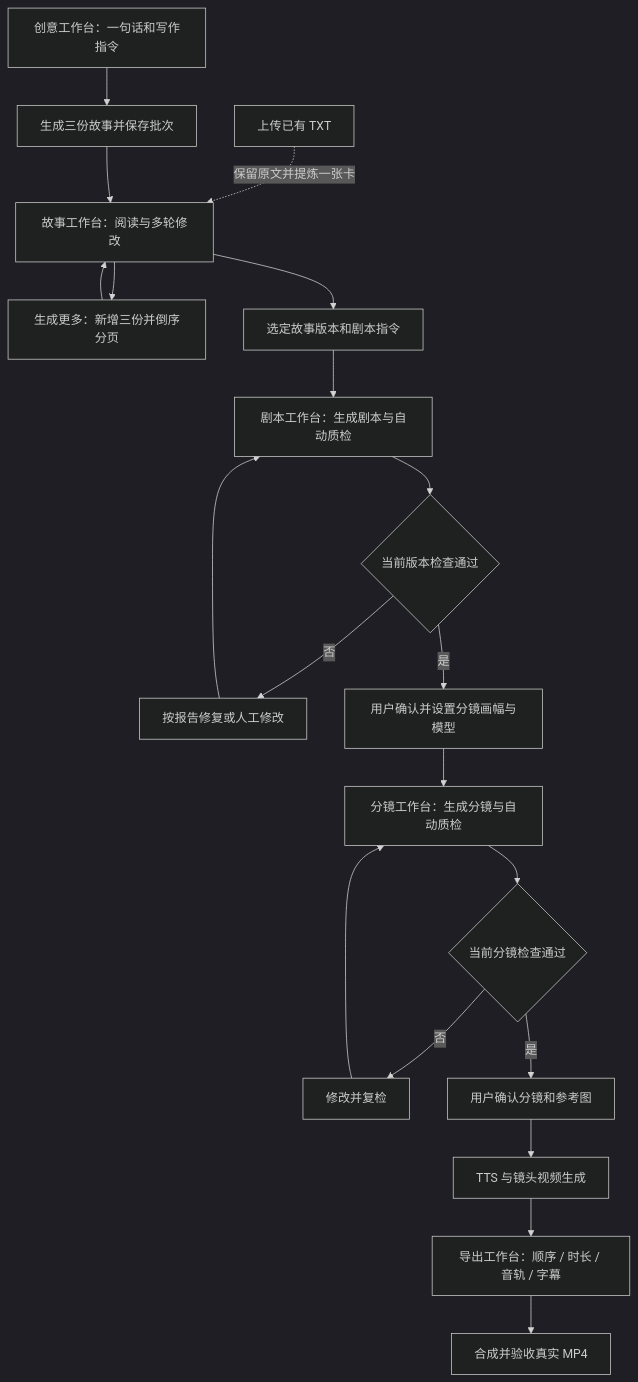
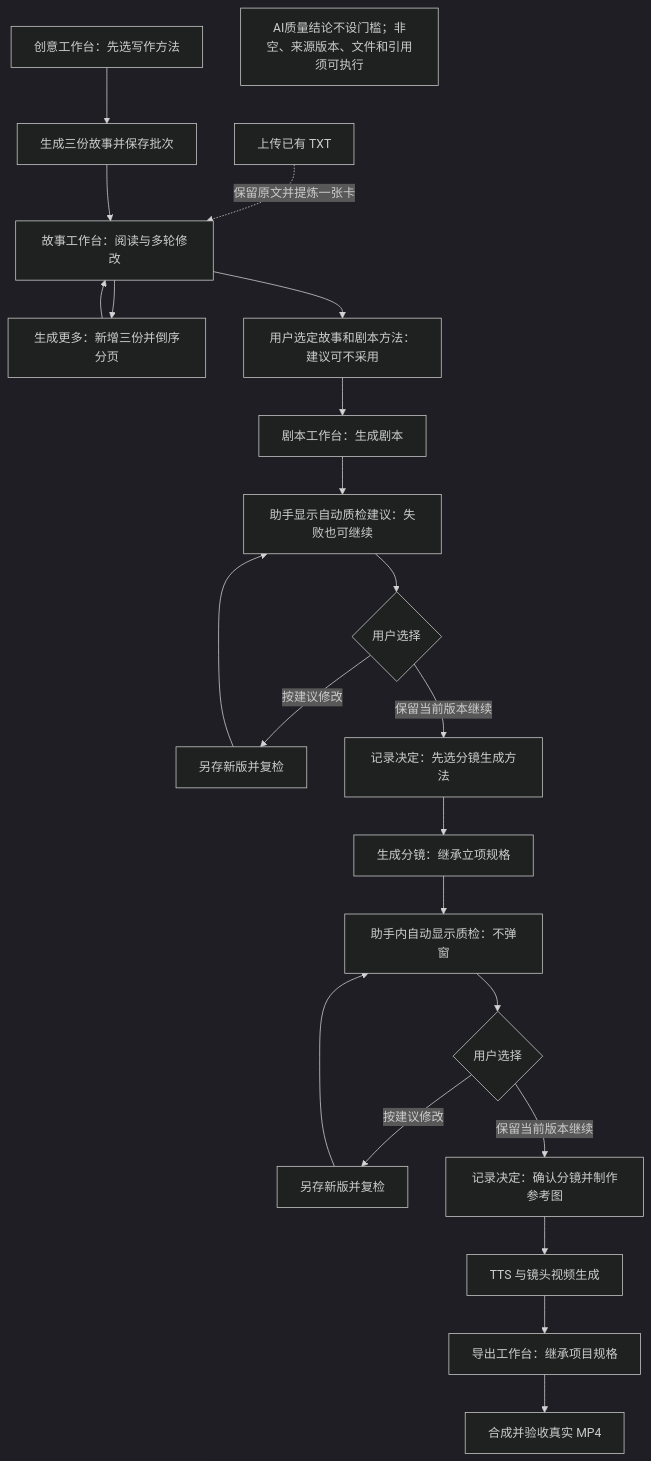
Before and after one commit to federra/MengyuanAI: the diagram in interaction-prd-workspace/reference/technical-diagrams/04-creation.mmd, drawn with Mermaid (dark theme). The commit also changed 81 other files, not shown here.

```diff
--- a/interaction-prd-workspace/reference/technical-diagrams/04-creation.mmd
+++ b/interaction-prd-workspace/reference/technical-diagrams/04-creation.mmd
@@ -1,20 +1,23 @@
 flowchart TB
-  A[创意工作台：一句话和写作指令] --> B[生成三份故事并保存批次]
+  A[创意工作台：先选写作方法] --> B[生成三份故事并保存批次]
   X[上传已有 TXT] -.保留原文并提炼一张卡.-> C[故事工作台：阅读与多轮修改]
   B --> C
   C --> MORE[生成更多：新增三份并倒序分页]
   MORE --> C
-  C --> D[选定故事版本和剧本指令]
-  D --> E[剧本工作台：生成剧本与自动质检]
-  E --> F{当前版本检查通过}
-  F -->|否| FIX[按报告修复或人工修改]
-  FIX --> E
-  F -->|是| G[用户确认并设置分镜画幅与模型]
-  G --> H[分镜工作台：生成分镜与自动质检]
-  H --> I{当前分镜检查通过}
-  I -->|否| J[修改并复检]
-  J --> H
-  I -->|是| K[用户确认分镜和参考图]
+  C --> D[用户选定故事和剧本方法：建议可不采用]
+  D --> E[剧本工作台：生成剧本]
+  E --> Q[助手显示自动质检建议：失败也可继续]
+  Q --> F{用户选择}
+  F -->|按建议修改| FIX[另存新版并复检]
+  FIX --> Q
+  F -->|保留当前版本继续| G[记录决定：先选分镜生成方法]
+  G --> H[生成分镜：继承立项规格]
+  H --> HQ[助手内自动显示质检：不弹窗]
+  HQ --> I{用户选择}
+  I -->|按建议修改| J[另存新版并复检]
+  J --> HQ
+  I -->|保留当前版本继续| K[记录决定：确认分镜并制作参考图]
   K --> L[TTS 与镜头视频生成]
-  L --> M[导出工作台：顺序 / 时长 / 音轨 / 字幕]
+  L --> M[导出工作台：继承项目规格]
   M --> N[合成并验收真实 MP4]
+  NOTE[AI质量结论不设门槛；非空、来源版本、文件和引用须可执行]
```
